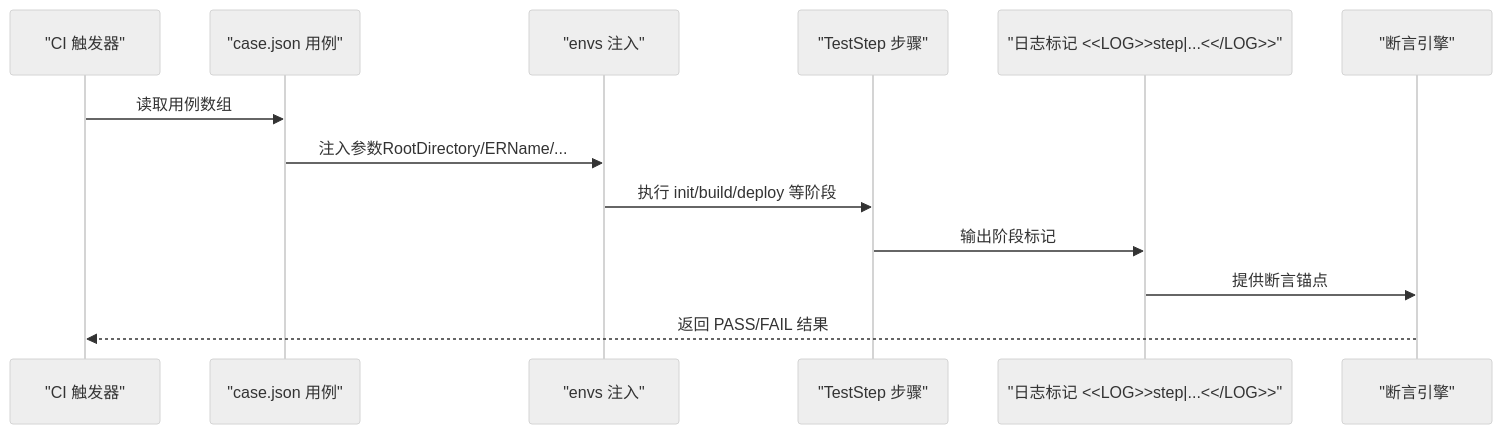
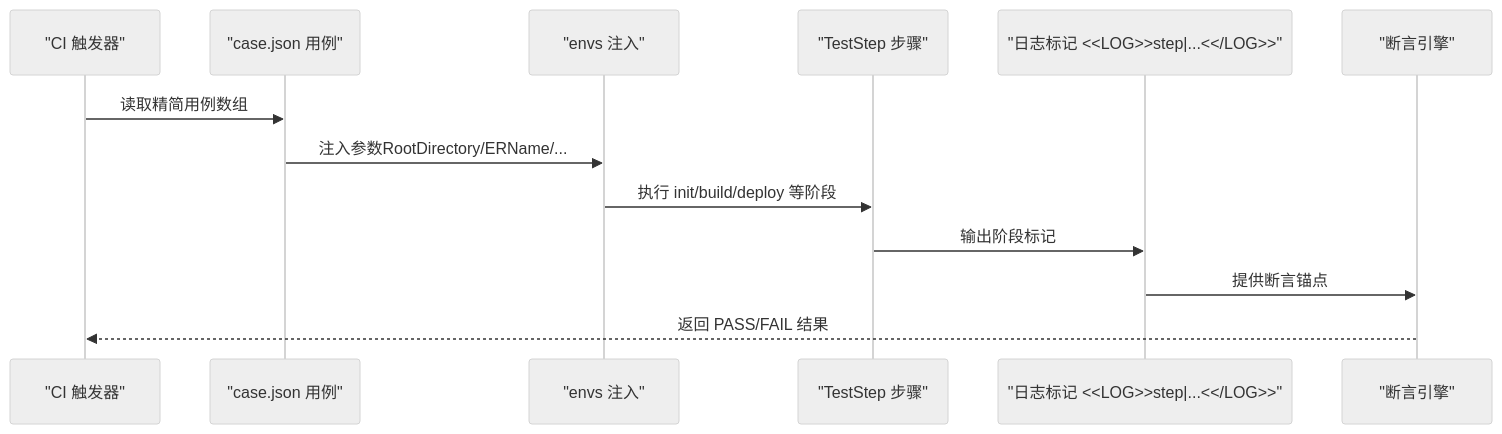
The second of 5 diagrams in .qoder/repowiki/zh/content/测试用例系统/测试用例定义.md (esa-sp/test-for-aone-ci), drawn with Mermaid (neutral theme) before and after one commit. The commit also changed other lines of this file and 31 other files, not shown here.

````diff
--- a/.qoder/repowiki/zh/content/测试用例系统/测试用例定义.md
+++ b/.qoder/repowiki/zh/content/测试用例系统/测试用例定义.md
@@ -86,15 +87,15 @@
 ```mermaid
 sequenceDiagram
 participant CI as "CI 触发器"
 participant Case as "case.json 用例"
 participant Env as "envs 注入"
 participant Step as "TestStep 步骤"
 participant Log as "日志标记 <<LOG>>step|...<</LOG>>"
 participant Judge as "断言引擎"
-CI->>Case : 读取用例数组
+CI->>Case : 读取精简用例数组
 Case->>Env : 注入参数RootDirectory/ERName/...
 Env->>Step : 执行 init/build/deploy 等阶段
 Step->>Log : 输出阶段标记
 Log->>Judge : 提供断言锚点
 Judge-->>CI : 返回 PASS/FAIL 结果
 ```
````
